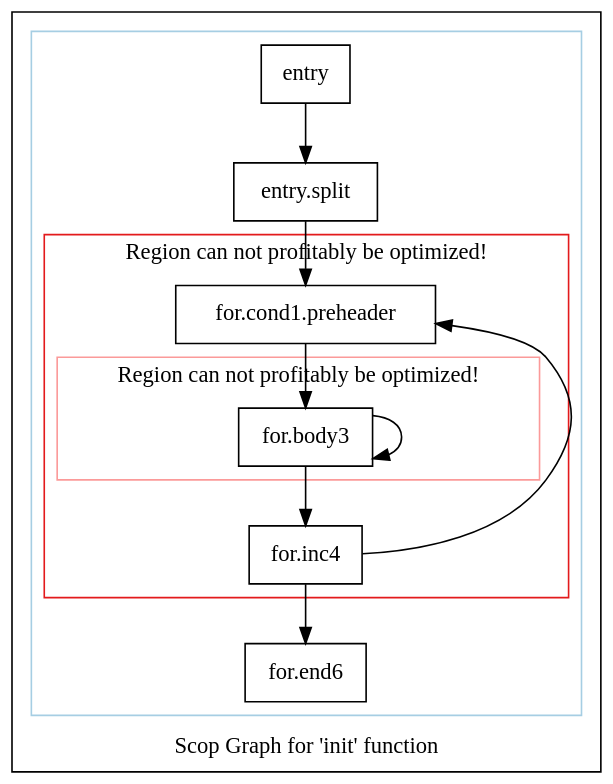
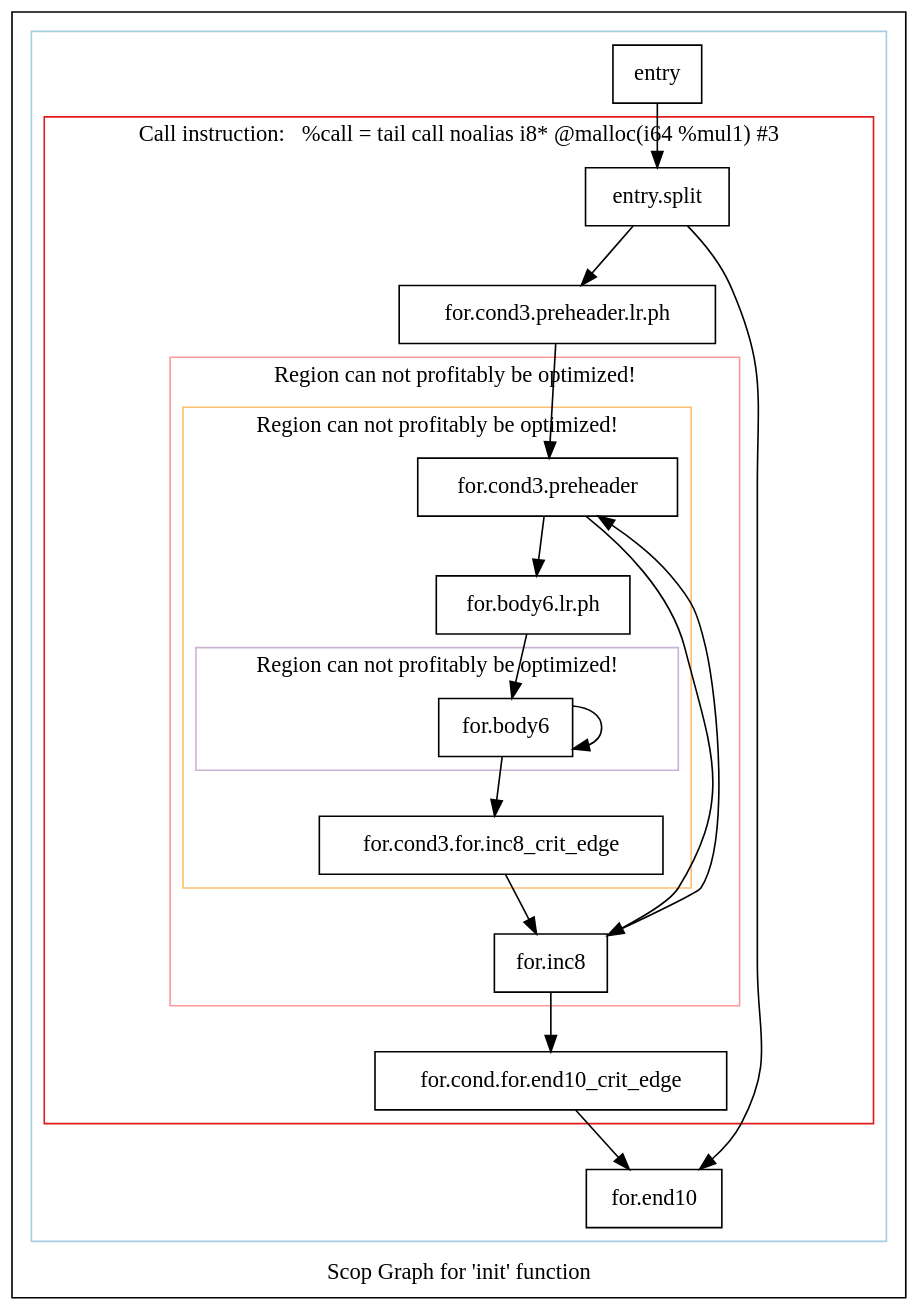
Before and after one commit to samminweng/WhileyOpenCL: the diagram in polly/MatrixMult/impl/handwritten2/dot-only/scopsonly.init.dot, drawn with Graphviz. The commit also changed 44 other files, not shown here.

```diff
--- a/polly/MatrixMult/impl/handwritten2/dot-only/scopsonly.init.dot
+++ b/polly/MatrixMult/impl/handwritten2/dot-only/scopsonly.init.dot
@@ -1,39 +1,63 @@
 digraph "Scop Graph for 'init' function" {
 	label="Scop Graph for 'init' function";
 
-	Node0x6a85eb0 [shape=record,label="{entry}"];
-	Node0x6a85eb0 -> Node0x6a84310;
-	Node0x6a84310 [shape=record,label="{entry.split}"];
-	Node0x6a84310 -> Node0x6a84200;
-	Node0x6a84200 [shape=record,label="{for.cond1.preheader}"];
-	Node0x6a84200 -> Node0x6a85e50;
-	Node0x6a85e50 [shape=record,label="{for.body3}"];
-	Node0x6a85e50 -> Node0x6a85e50[constraint=false];
-	Node0x6a85e50 -> Node0x6a857c0;
-	Node0x6a857c0 [shape=record,label="{for.inc4}"];
-	Node0x6a857c0 -> Node0x6a84200[constraint=false];
-	Node0x6a857c0 -> Node0x6a85930;
-	Node0x6a85930 [shape=record,label="{for.end6}"];
+	Node0x5bb70d0 [shape=record,label="{entry}"];
+	Node0x5bb70d0 -> Node0x5bb7550;
+	Node0x5bb7550 [shape=record,label="{entry.split}"];
+	Node0x5bb7550 -> Node0x5baa200;
+	Node0x5bb7550 -> Node0x5bb7ab0;
+	Node0x5baa200 [shape=record,label="{for.cond3.preheader.lr.ph}"];
+	Node0x5baa200 -> Node0x5bb6fb0;
+	Node0x5bb6fb0 [shape=record,label="{for.cond3.preheader}"];
+	Node0x5bb6fb0 -> Node0x5bb7010;
+	Node0x5bb6fb0 -> Node0x5bb7030;
+	Node0x5bb7010 [shape=record,label="{for.body6.lr.ph}"];
+	Node0x5bb7010 -> Node0x5bb7050;
+	Node0x5bb7050 [shape=record,label="{for.body6}"];
+	Node0x5bb7050 -> Node0x5bb7050[constraint=false];
+	Node0x5bb7050 -> Node0x5bb6ee0;
+	Node0x5bb6ee0 [shape=record,label="{for.cond3.for.inc8_crit_edge}"];
+	Node0x5bb6ee0 -> Node0x5bb7030;
+	Node0x5bb7030 [shape=record,label="{for.inc8}"];
+	Node0x5bb7030 -> Node0x5bb6fb0[constraint=false];
+	Node0x5bb7030 -> Node0x5bb6f00;
+	Node0x5bb6f00 [shape=record,label="{for.cond.for.end10_crit_edge}"];
+	Node0x5bb6f00 -> Node0x5bb7ab0;
+	Node0x5bb7ab0 [shape=record,label="{for.end10}"];
 	colorscheme = "paired12"
-        subgraph cluster_0x6a79010 {
+        subgraph cluster_0x5ba93d0 {
           label = "";
           style = solid;
           color = 1
-          subgraph cluster_0x6a79190 {
-            label = "Region can not profitably be optimized!";
+          subgraph cluster_0x5baa6c0 {
+            label = "Call instruction:   %call = tail call noalias i8* @malloc(i64 %mul1) #3";
             style = solid;
             color = 6
-            subgraph cluster_0x6a79310 {
+            subgraph cluster_0x5baa640 {
               label = "Region can not profitably be optimized!";
               style = solid;
               color = 5
-              Node0x6a85e50;
+              subgraph cluster_0x5baa5c0 {
+                label = "Region can not profitably be optimized!";
+                style = solid;
+                color = 7
+                subgraph cluster_0x5ba9d20 {
+                  label = "Region can not profitably be optimized!";
+                  style = solid;
+                  color = 9
+                  Node0x5bb7050;
+                }
+                Node0x5bb6fb0;
+                Node0x5bb7010;
+                Node0x5bb6ee0;
+              }
+              Node0x5bb7030;
             }
-            Node0x6a84200;
-            Node0x6a857c0;
+            Node0x5bb7550;
+            Node0x5baa200;
+            Node0x5bb6f00;
           }
-          Node0x6a85eb0;
-          Node0x6a84310;
-          Node0x6a85930;
+          Node0x5bb70d0;
+          Node0x5bb7ab0;
         }
 }
```
